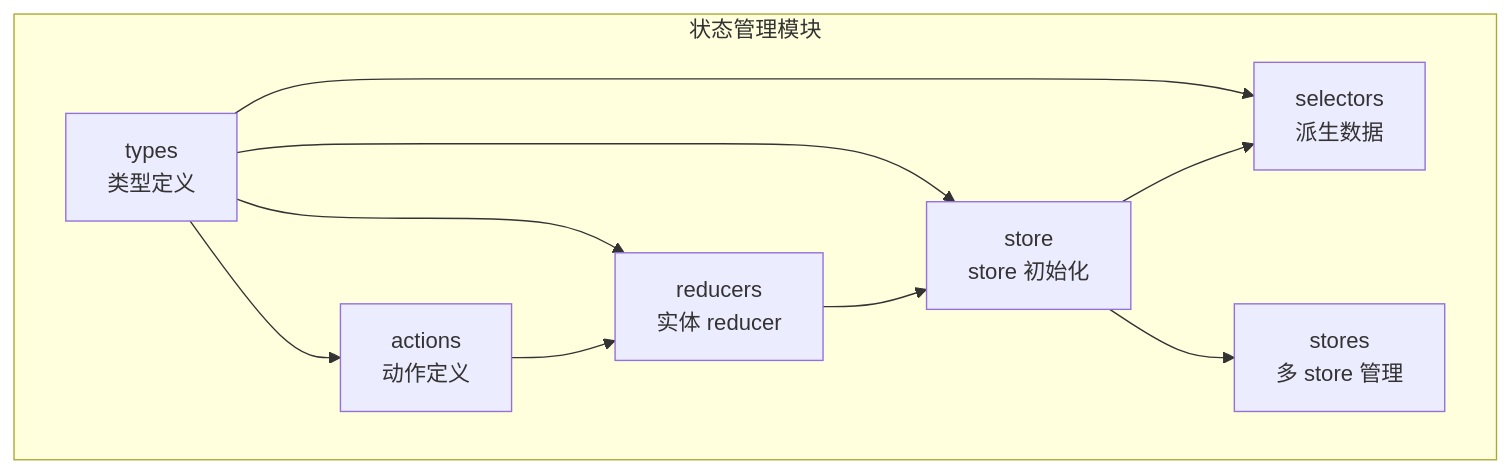
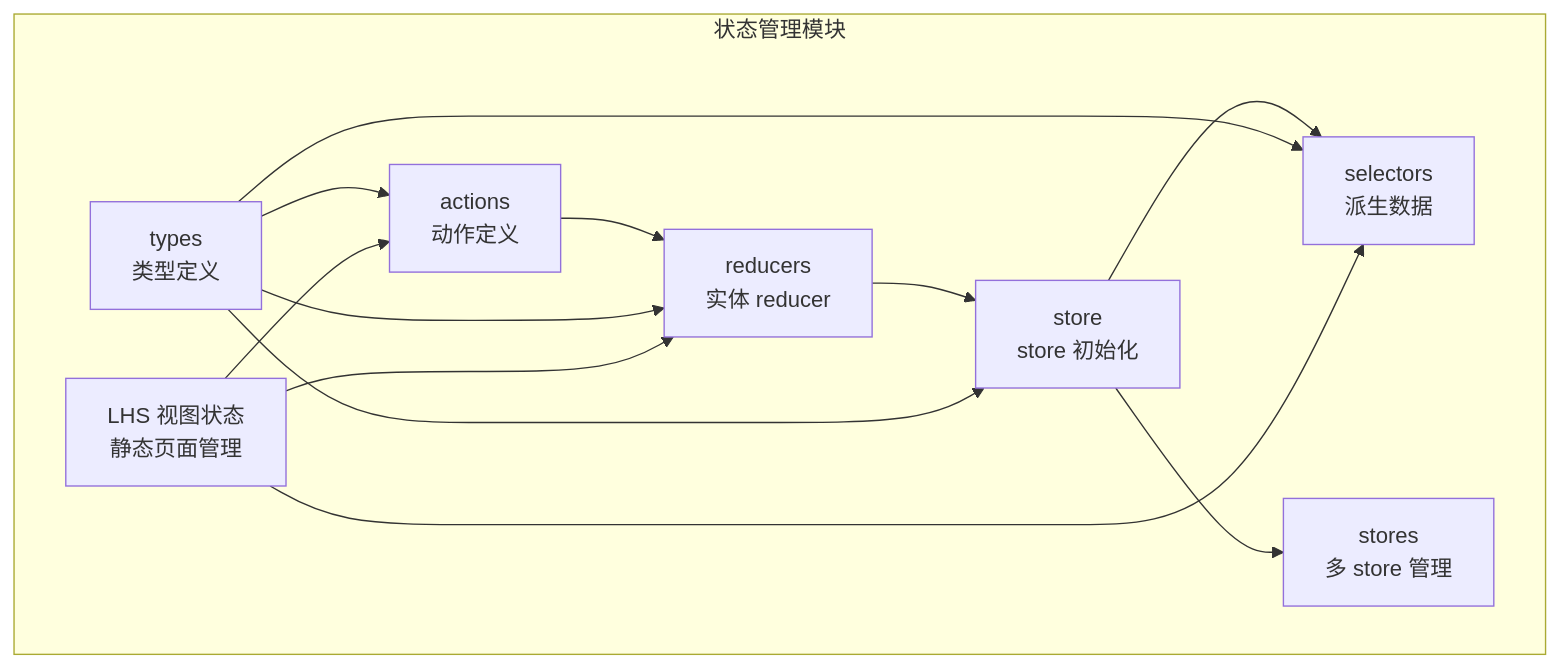
The first of 11 diagrams in .qoder/repowiki/zh/content/前端开发/状态管理.md (frankMa-1993/mattermost), drawn with Mermaid before and after one commit. The commit also changed other lines of this file and 7 other files, not shown here.

````diff
--- a/.qoder/repowiki/zh/content/前端开发/状态管理.md
+++ b/.qoder/repowiki/zh/content/前端开发/状态管理.md
@@ -62,19 +80,23 @@
 ```mermaid
 graph TB
 subgraph "状态管理模块"
 A["actions<br/>动作定义"]
 B["reducers<br/>实体 reducer"]
 C["selectors<br/>派生数据"]
 D["store<br/>store 初始化"]
 E["stores<br/>多 store 管理"]
 F["types<br/>类型定义"]
+G["LHS 视图状态<br/>静态页面管理"]
 end
 A --> B
 B --> D
 D --> C
 D --> E
 F --> A
 F --> B
 F --> C
 F --> D
+G --> A
+G --> B
+G --> C
 ```
````
